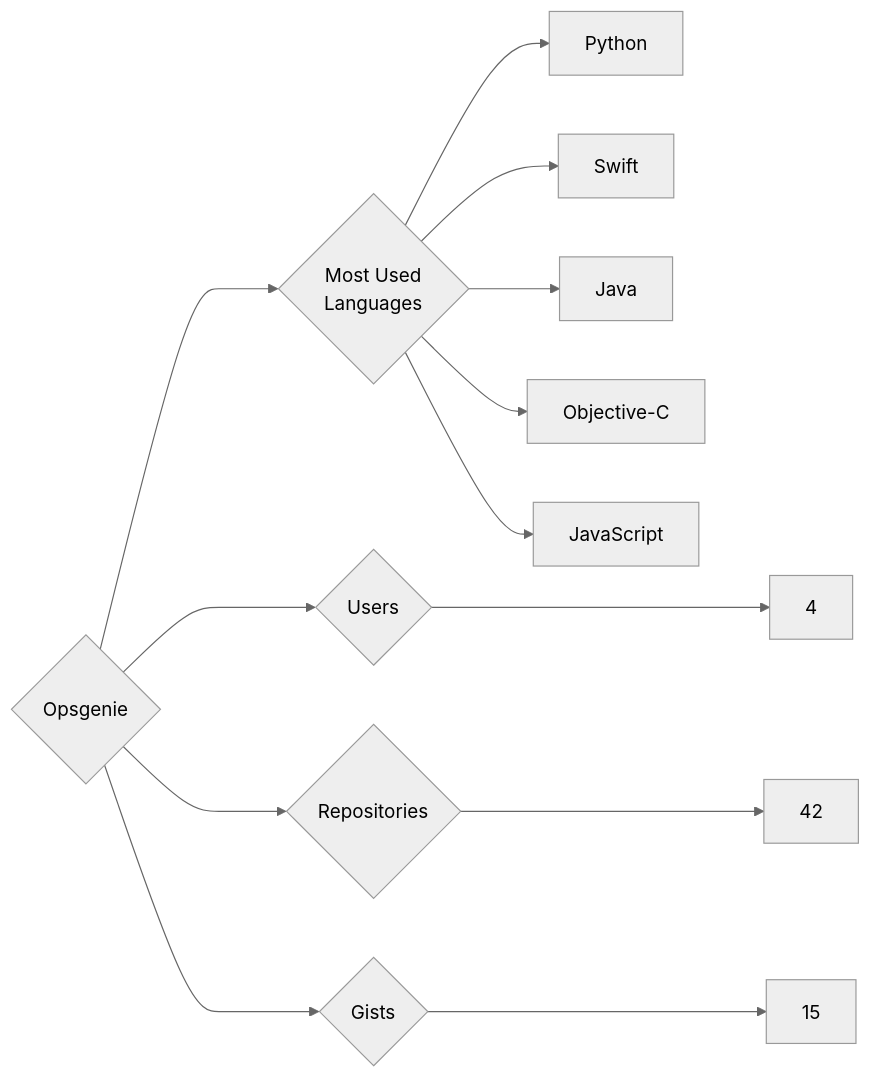
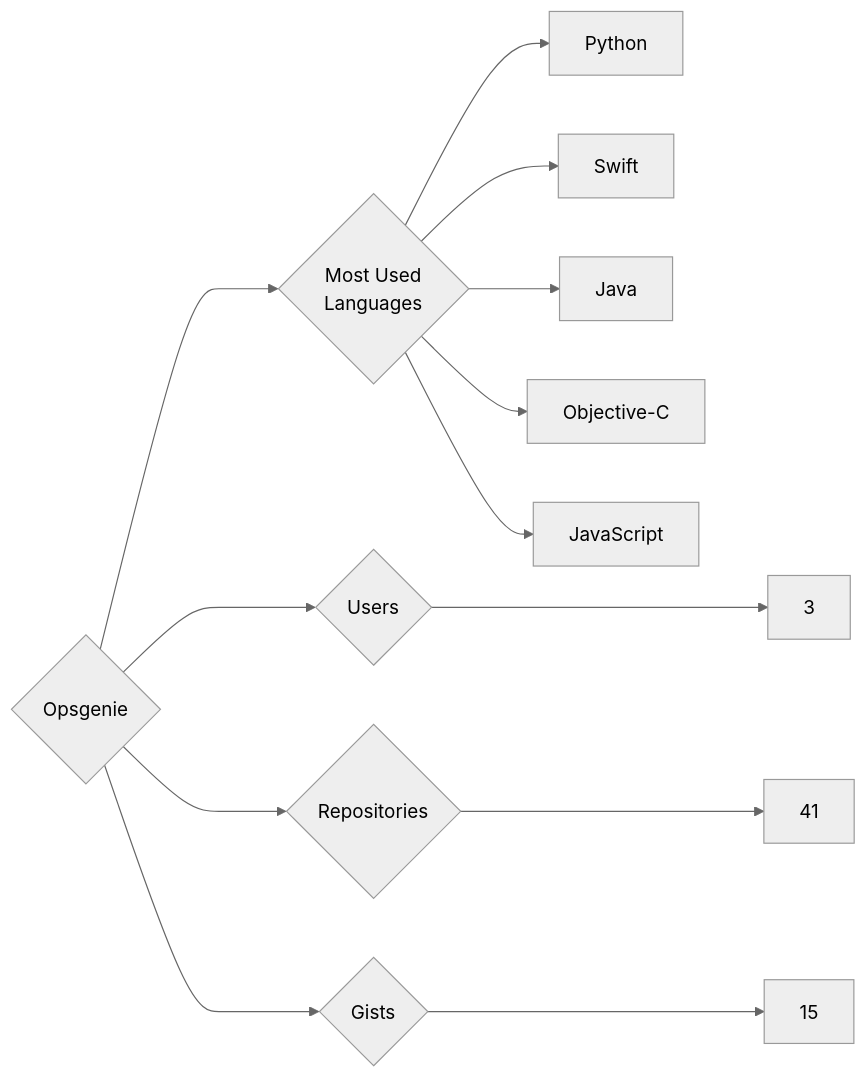
The diagram in targets/Opsgenie/README.md (trickest/insiders), drawn with Mermaid (neutral theme) before and after one commit. The commit also changed 953 other files, not shown here.

````diff
--- a/targets/Opsgenie/README.md
+++ b/targets/Opsgenie/README.md
@@ -3,13 +3,13 @@
 ```mermaid
 graph LR
 COMPANY_NAME{Opsgenie}
-COMPANY_NAME ---> U{Users} ---> UN[4]
-COMPANY_NAME ---> R{Repositories} ---> RN[42]
+COMPANY_NAME ---> U{Users} ---> UN[3]
+COMPANY_NAME ---> R{Repositories} ---> RN[41]
 COMPANY_NAME ---> G{Gists} ---> GN[15]
 COMPANY_NAME ---> ML{Most Used<br>Languages}
 ML --> Python[Python]
 ML --> Swift[Swift]
 ML --> Java[Java]
 ML --> Objective-C[Objective-C]
 ML --> JavaScript[JavaScript]
 ```
````
